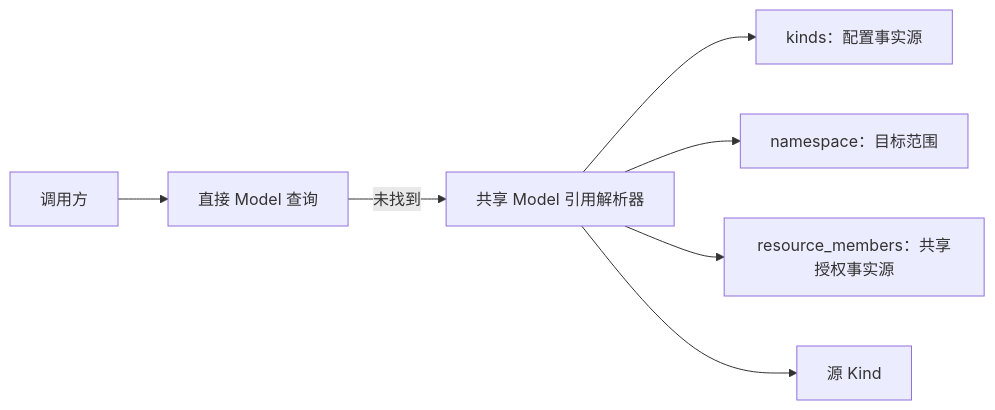
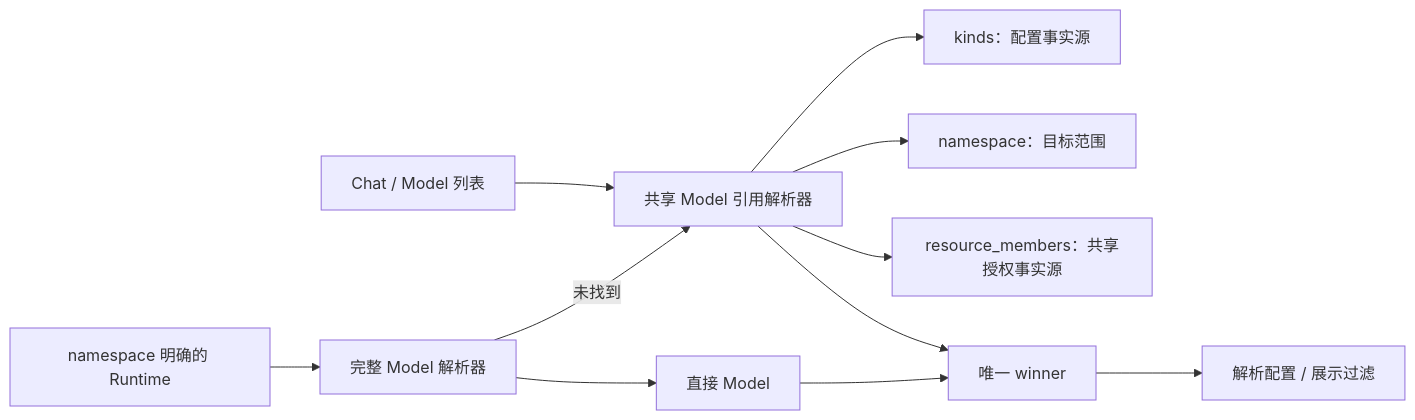
Before and after one commit to wecode-ai/Wegent: the first of 2 diagrams in docs/zh/architecture/capability-reference-resolution.md, drawn with Mermaid. The commit also changed other lines of this file and 12 other files, not shown here.

````diff
--- a/docs/zh/architecture/capability-reference-resolution.md
+++ b/docs/zh/architecture/capability-reference-resolution.md
@@ -13,9 +14,13 @@
 ```mermaid
 flowchart LR
-    C["调用方"] --> D["直接 Model 查询"]
-    D -->|未找到| R["共享 Model 引用解析器"]
-    R --> K["kinds：配置事实源"]
-    R --> N["namespace：目标范围"]
-    R --> M["resource_members：共享授权事实源"]
-    R --> S["源 Kind"]
+    C["namespace 明确的 Runtime"] --> R["完整 Model 解析器"]
+    R --> D["直接 Model"]
+    R -->|未找到| S["共享 Model 引用解析器"]
+    X["Chat / Model 列表"] --> S
+    S --> K["kinds：配置事实源"]
+    S --> N["namespace：目标范围"]
+    S --> M["resource_members：共享授权事实源"]
+    D --> W["唯一 winner"]
+    S --> W
+    W --> U["解析配置 / 展示过滤"]
 ```
````
